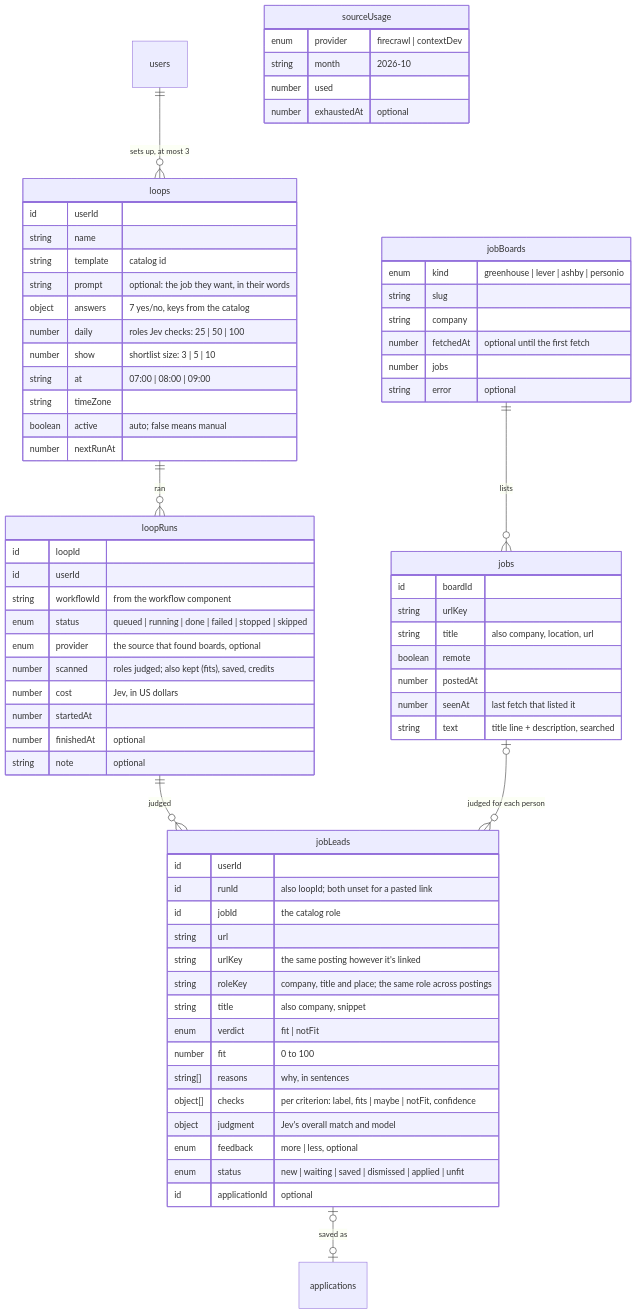
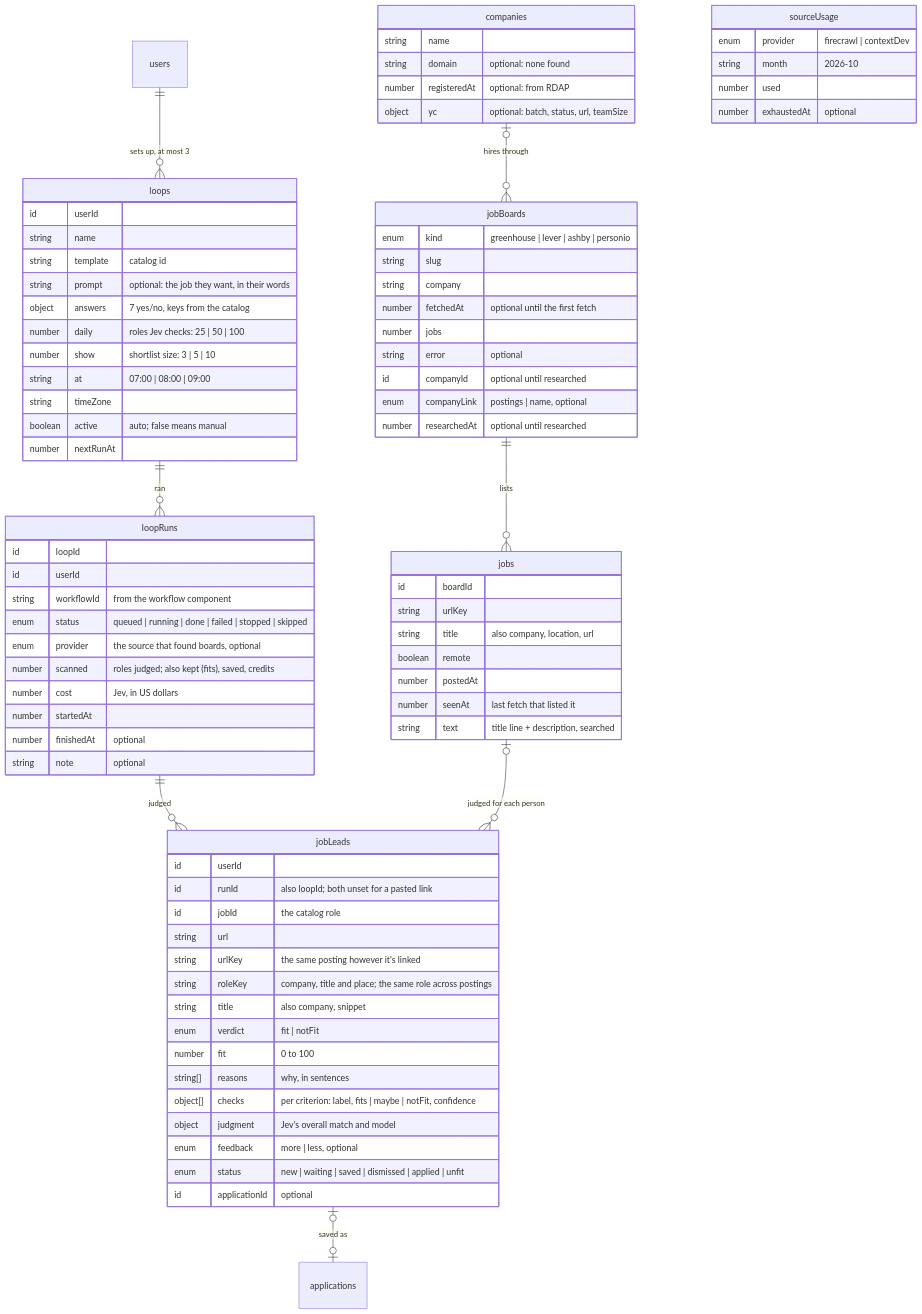
Before and after one commit to saranatour1/job-tracking-helper: the second of 3 diagrams in docs/database-design.md, drawn with Mermaid. The commit also changed other lines of this file and 20 other files, not shown here.

```diff
--- a/docs/database-design.md
+++ b/docs/database-design.md
@@ -267,6 +272,7 @@
     loops ||--o{ loopRuns : "ran"
     loopRuns ||--o{ jobLeads : "judged"
     jobBoards ||--o{ jobs : "lists"
+    companies |o--o{ jobBoards : "hires through"
     jobs |o--o{ jobLeads : "judged for each person"
     jobLeads |o--o| applications : "saved as"
 
@@ -328,6 +334,15 @@
         number fetchedAt "optional until the first fetch"
         number jobs
         string error "optional"
+        id companyId "optional until researched"
+        enum companyLink "postings | name, optional"
+        number researchedAt "optional until researched"
+    }
+    companies {
+        string name
+        string domain "optional: none found"
+        number registeredAt "optional: from RDAP"
+        object yc "optional: batch, status, url, teamSize"
     }
     sourceUsage {
         enum provider "firecrawl | contextDev"
```
